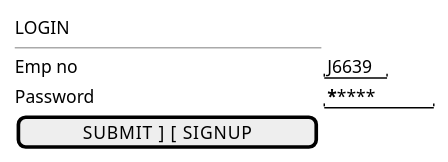
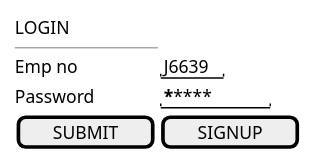
The diagram in diagram/wireframe/login.iuml (Suraphop/sample-nodejs-master-folder-structure), drawn with PlantUML before and after one commit.

```diff
--- a/diagram/wireframe/login.iuml
+++ b/diagram/wireframe/login.iuml
@@ -1,9 +1,9 @@
 @startsalt
 {
 LOGIN
 ---
   Emp no    | "J6639"
   Password | "*********"
-  [  SUBMIT   ] [  SIGNUP   ]
+  [  SUBMIT   ] | [  SIGNUP   ]
 }
 @endsalt
```
